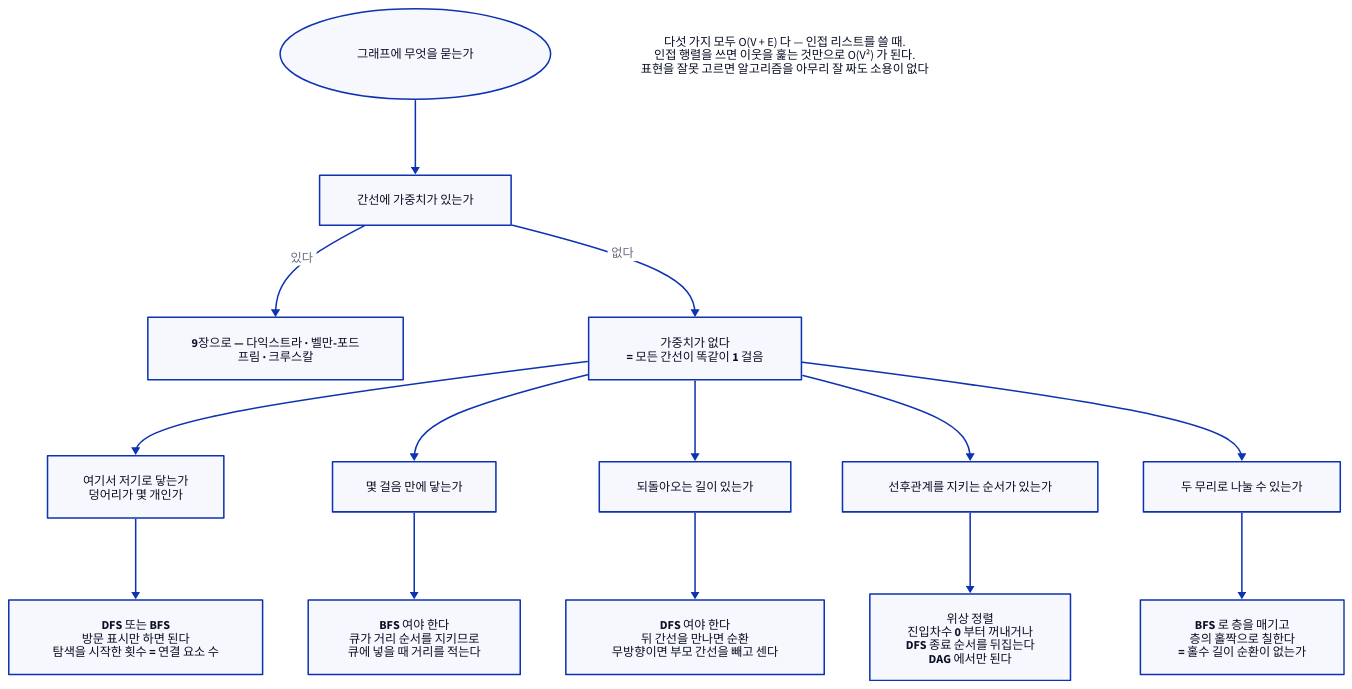
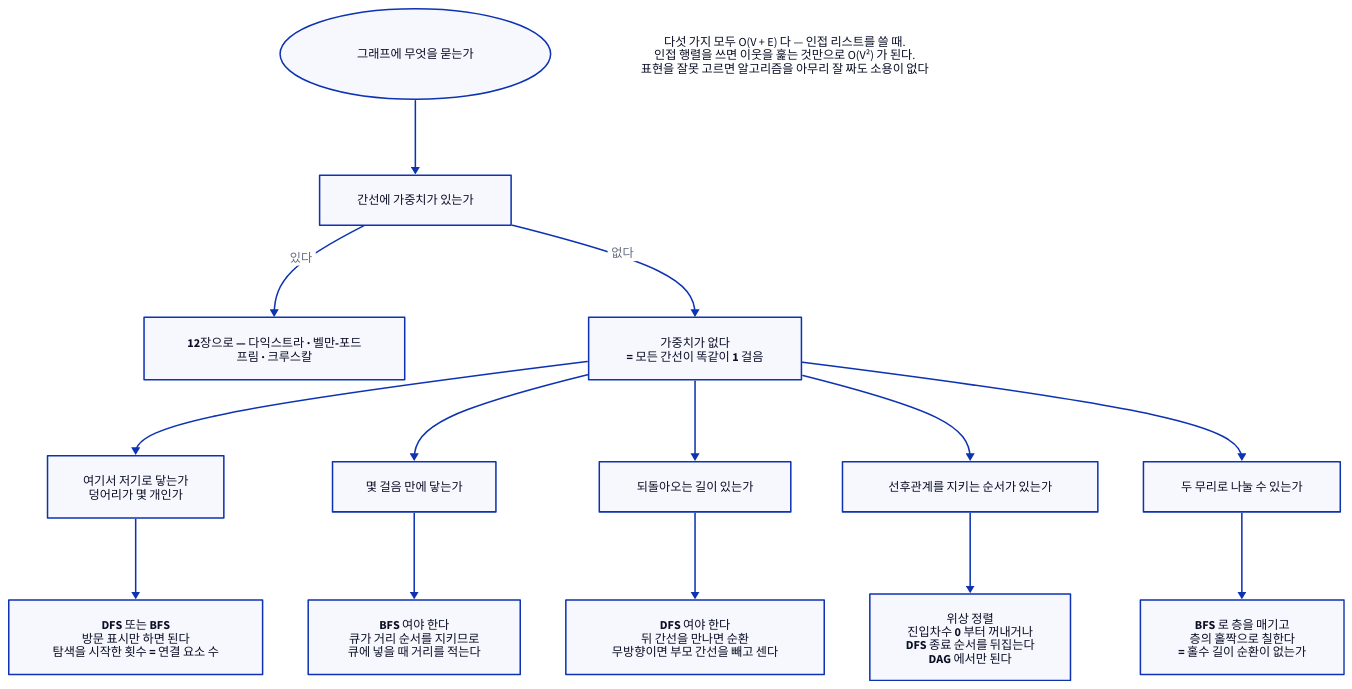
The diagram in d2/algorithm/alg-g-graph-questions.d2 (Dong-gi/Dong-gi.github.io), drawn with D2 before and after one commit. The commit also changed 622 other files, not shown here.

```diff
--- a/d2/algorithm/alg-g-graph-questions.d2
+++ b/d2/algorithm/alg-g-graph-questions.d2
@@ -1,45 +1,45 @@
-# 그래프 질문에 무엇을 쓰는가 — 8장(그래프: 표현과 탐색).
+# 그래프 질문에 무엇을 쓰는가 — 9장(그래프: 표현과 탐색).
 #
 # 무엇을 읽어야 하나: 이 장의 알고리즘은 사실상 탐색 하나뿐이다.
 # 질문이 달라지면 훑는 순서와 기록할 것이 달라질 뿐 비용은 모두 O(V+E) 다.
 direction: down
 
 질문: { label: "그래프에 무엇을 묻는가"; shape: oval; style.bold: true }
 
 가중: { label: "간선에 가중치가 있는가" }
 질문 -> 가중
 
-구장: { label: "9장으로 — 다익스트라 · 벨만-포드\n프림 · 크루스칼"; style.bold: true }
+구장: { label: "12장으로 — 다익스트라 · 벨만-포드\n프림 · 크루스칼"; style.bold: true }
 가중 -> 구장: "있다"
 
 무엇: { label: "가중치가 없다\n= 모든 간선이 똑같이 1 걸음"; style.bold: true }
 가중 -> 무엇: "없다"
 
 닿나: { label: "여기서 저기로 닿는가\n덩어리가 몇 개인가" }
 거리: { label: "몇 걸음 만에 닿는가" }
 순환: { label: "되돌아오는 길이 있는가" }
 순서: { label: "선후관계를 지키는 순서가 있는가" }
 이분: { label: "두 무리로 나눌 수 있는가" }
 
 무엇 -> 닿나
 무엇 -> 거리
 무엇 -> 순환
 무엇 -> 순서
 무엇 -> 이분
 
 dfs: { label: "DFS 또는 BFS\n방문 표시만 하면 된다\n탐색을 시작한 횟수 = 연결 요소 수" }
 bfs: { label: "BFS 여야 한다\n큐가 거리 순서를 지키므로\n큐에 넣을 때 거리를 적는다"; style.bold: true }
 back: { label: "DFS 여야 한다\n뒤 간선을 만나면 순환\n무방향이면 부모 간선을 빼고 센다"; style.bold: true }
 topo: { label: "위상 정렬\n진입차수 0 부터 꺼내거나\nDFS 종료 순서를 뒤집는다\nDAG 에서만 된다" }
 color: { label: "BFS 로 층을 매기고\n층의 홀짝으로 칠한다\n= 홀수 길이 순환이 없는가" }
 
 닿나 -> dfs
 거리 -> bfs
 순환 -> back
 순서 -> topo
 이분 -> color
 
 비용: {
   label: "다섯 가지 모두 O(V + E) 다 — 인접 리스트를 쓸 때.\n인접 행렬을 쓰면 이웃을 훑는 것만으로 O(V²) 가 된다.\n표현을 잘못 고르면 알고리즘을 아무리 잘 짜도 소용이 없다"
   shape: text
 }
```
